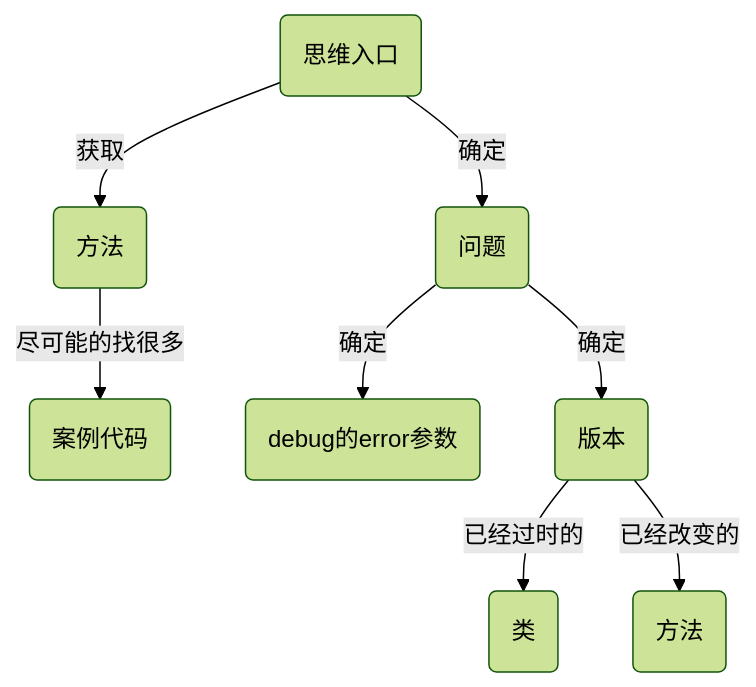
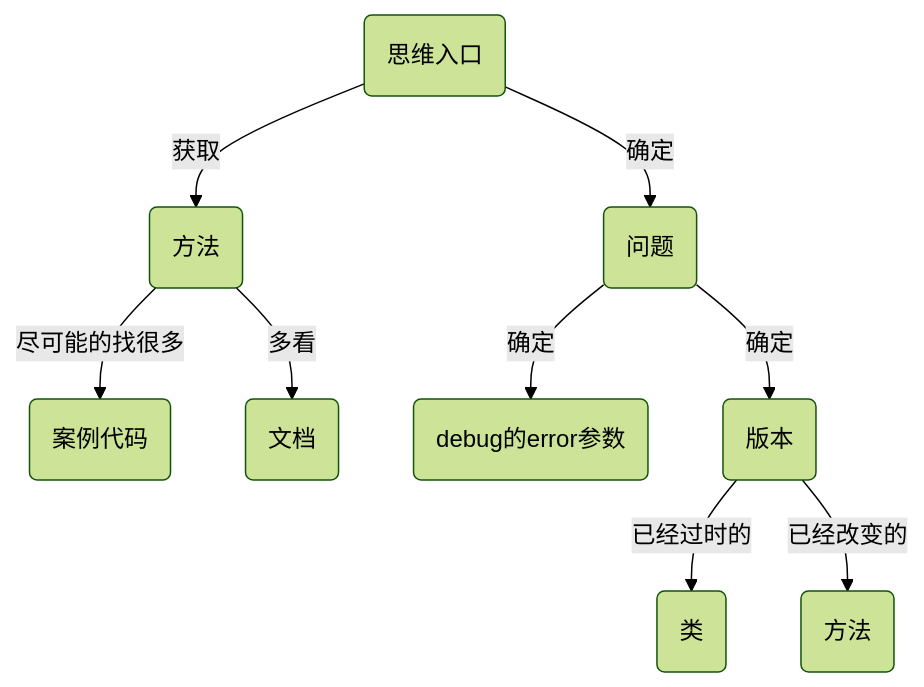
One commit to MagnetoWang/ideas-I-guess changed the diagram in 框架分析/SpringBoot.md. Above: the diagram before and after it, drawn with Mermaid (forest theme). The commit also changed other lines of this file, not shown here.

````diff
--- a/框架分析/SpringBoot.md
+++ b/框架分析/SpringBoot.md
@@ -51,27 +53,28 @@
 ```mermaid
 graph TD
 root(思维入口)
 problems(问题)
 
 DebugParameter(debug的error参数)
 methods(方法)
 Demo(案例代码)
 version(版本)
 Class(类)
 Method(方法)
+document(文档)
 
 
 root-->|获取|methods
 root-->|确定|problems
 
 
 problems-->|确定|DebugParameter
 problems-->|确定|version
 
 version-->|已经过时的|Class
 version-->|已经改变的|Method
 
 
 methods-->|尽可能的找很多|Demo
-
+methods-->|多看|document
 ```
````
